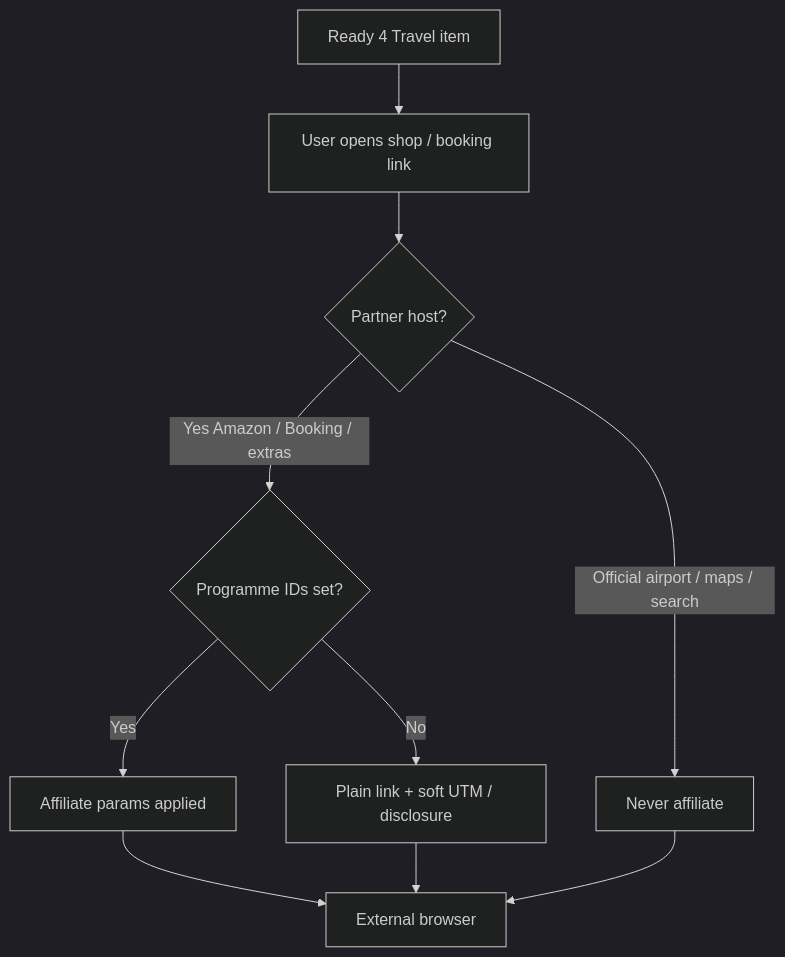
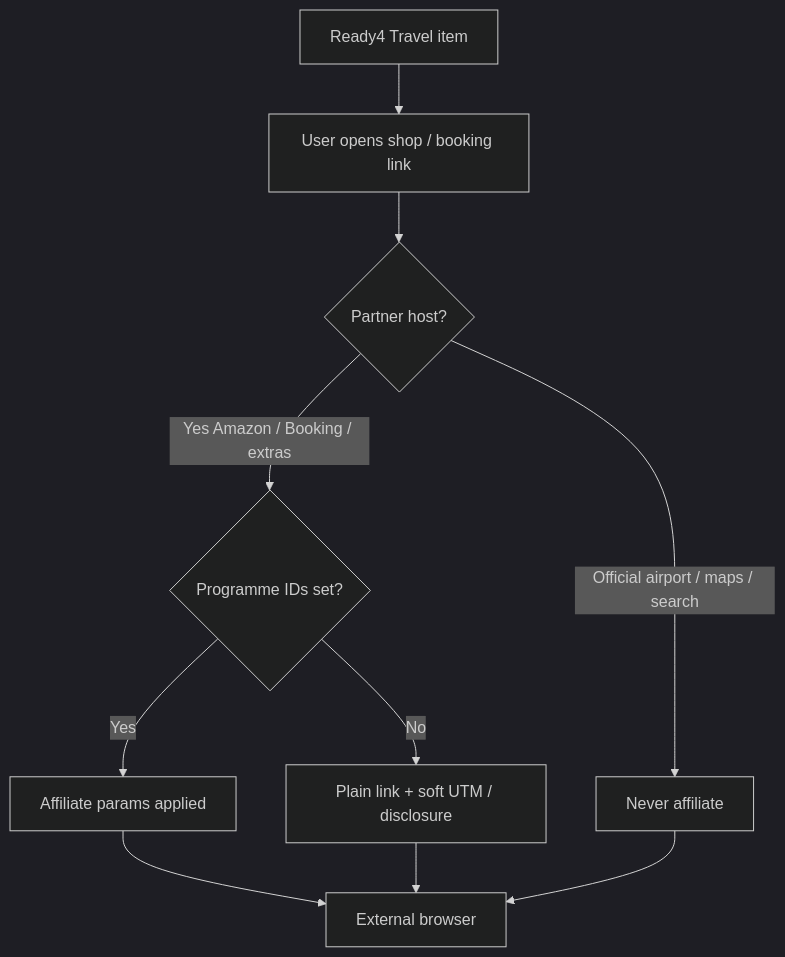
One commit to HCFC-CS/nudgemeready changed the tenth of 13 diagrams in docs/product/04-Process_Flows.md. Above: the diagram before and after it, drawn with Mermaid (dark theme). The commit also changed other lines of this file and 61 other files, not shown here.

First line of the commit message:
Rename user-facing packs to Ready4 and the shop to Ready4Packs.

````diff
--- a/docs/product/04-Process_Flows.md
+++ b/docs/product/04-Process_Flows.md
@@ -176,12 +176,12 @@
 ```mermaid
 flowchart TD
-  A[Ready 4 Travel item] --> B[User opens shop / booking link]
+  A[Ready4 Travel item] --> B[User opens shop / booking link]
   B --> C{Partner host?}
   C -->|Yes Amazon / Booking / extras| D{Programme IDs set?}
   D -->|Yes| E[Affiliate params applied]
   D -->|No| F[Plain link + soft UTM / disclosure]
   C -->|Official airport / maps / search| G[Never affiliate]
   E --> H[External browser]
   F --> H
   G --> H
 ```
````
